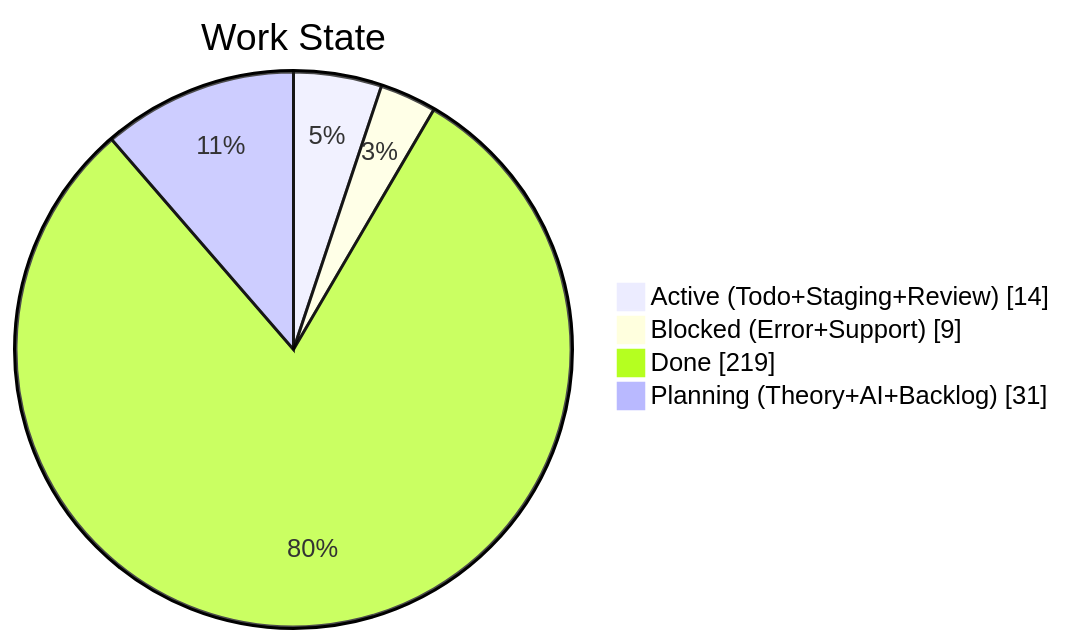
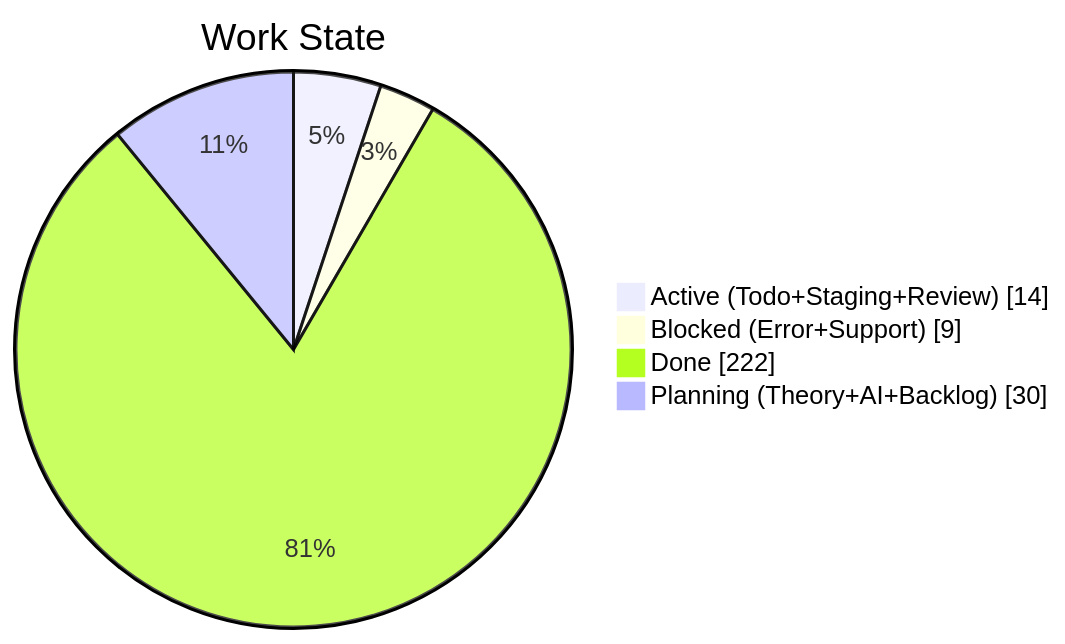
One commit to KBVE/kbve changed the second of 4 diagrams in apps/kbve/astro-kbve/src/content/docs/dashboard/kanban-data.mdx. Above: the diagram before and after it, drawn with Mermaid. The commit also changed other lines of this file and 7 other files, not shown here.

````diff
--- a/apps/kbve/astro-kbve/src/content/docs/dashboard/kanban-data.mdx
+++ b/apps/kbve/astro-kbve/src/content/docs/dashboard/kanban-data.mdx
@@ -68,8 +68,8 @@
 ```mermaid
 pie showData
     title Work State
     "Active (Todo+Staging+Review)" : 14
     "Blocked (Error+Support)" : 9
-    "Done" : 219
-    "Planning (Theory+AI+Backlog)" : 31
+    "Done" : 222
+    "Planning (Theory+AI+Backlog)" : 30
 ```
````
